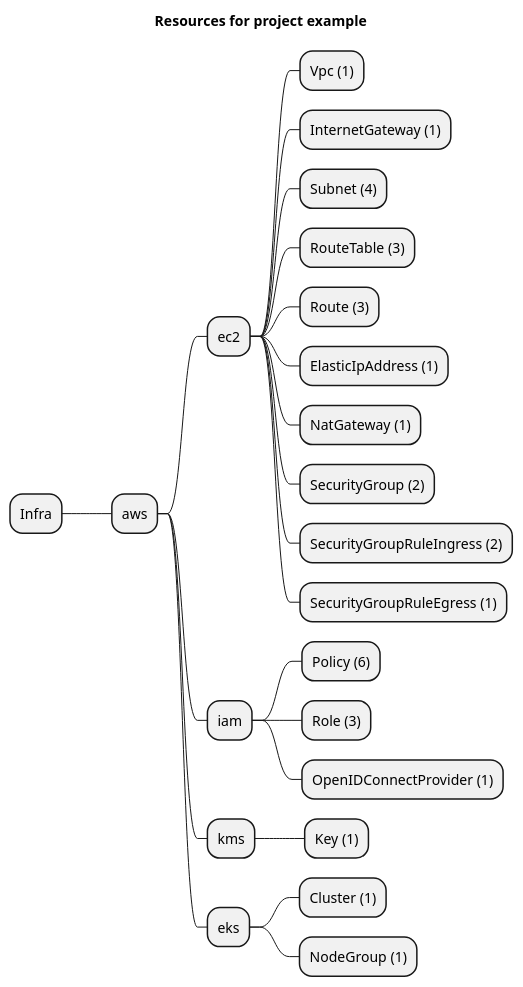
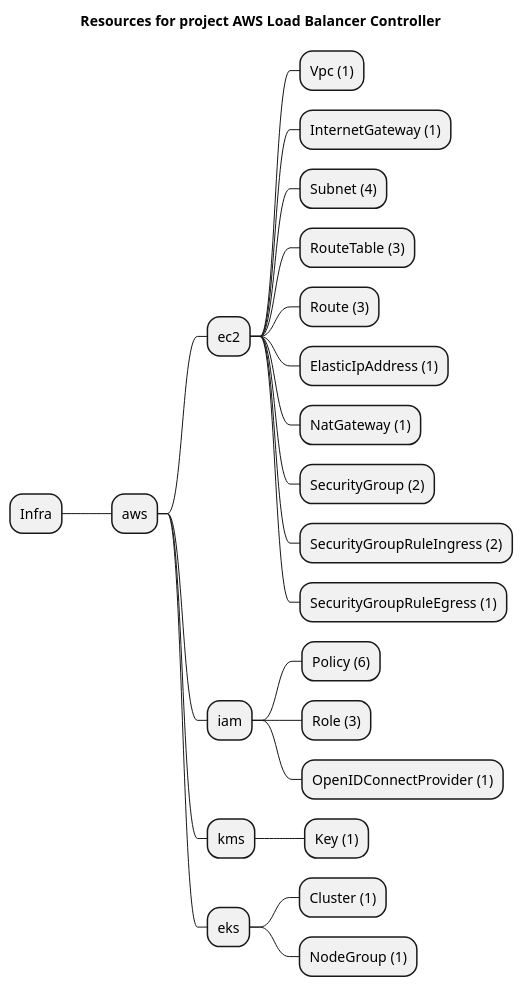
One commit to grucloud/grucloud changed the diagram in packages/modules/aws/load-balancer-controller/example/artifacts/resources-mindmap.puml. Above: the diagram before and after it, drawn with PlantUML. The commit also changed 36 other files, not shown here.

```diff
--- a/packages/modules/aws/load-balancer-controller/example/artifacts/resources-mindmap.puml
+++ b/packages/modules/aws/load-balancer-controller/example/artifacts/resources-mindmap.puml
@@ -1,26 +1,26 @@
 @startmindmap
-title Resources for project example
+title Resources for project AWS Load Balancer Controller
 skinparam monochrome true
 + Infra
 ++ aws
 +++ ec2
 ++++ Vpc (1)
 ++++ InternetGateway (1)
 ++++ Subnet (4)
 ++++ RouteTable (3)
 ++++ Route (3)
 ++++ ElasticIpAddress (1)
 ++++ NatGateway (1)
 ++++ SecurityGroup (2)
 ++++ SecurityGroupRuleIngress (2)
 ++++ SecurityGroupRuleEgress (1)
 +++ iam
 ++++ Policy (6)
 ++++ Role (3)
 ++++ OpenIDConnectProvider (1)
 +++ kms
 ++++ Key (1)
 +++ eks
 ++++ Cluster (1)
 ++++ NodeGroup (1)
 @endmindmap
```
